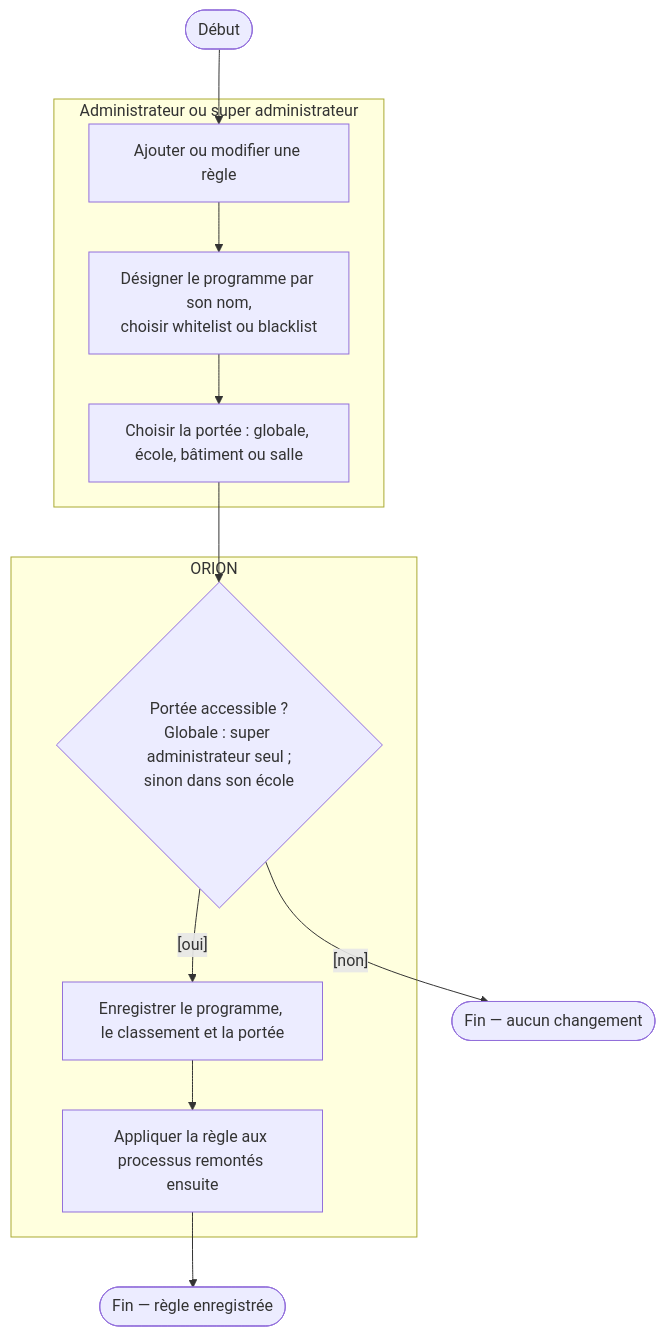
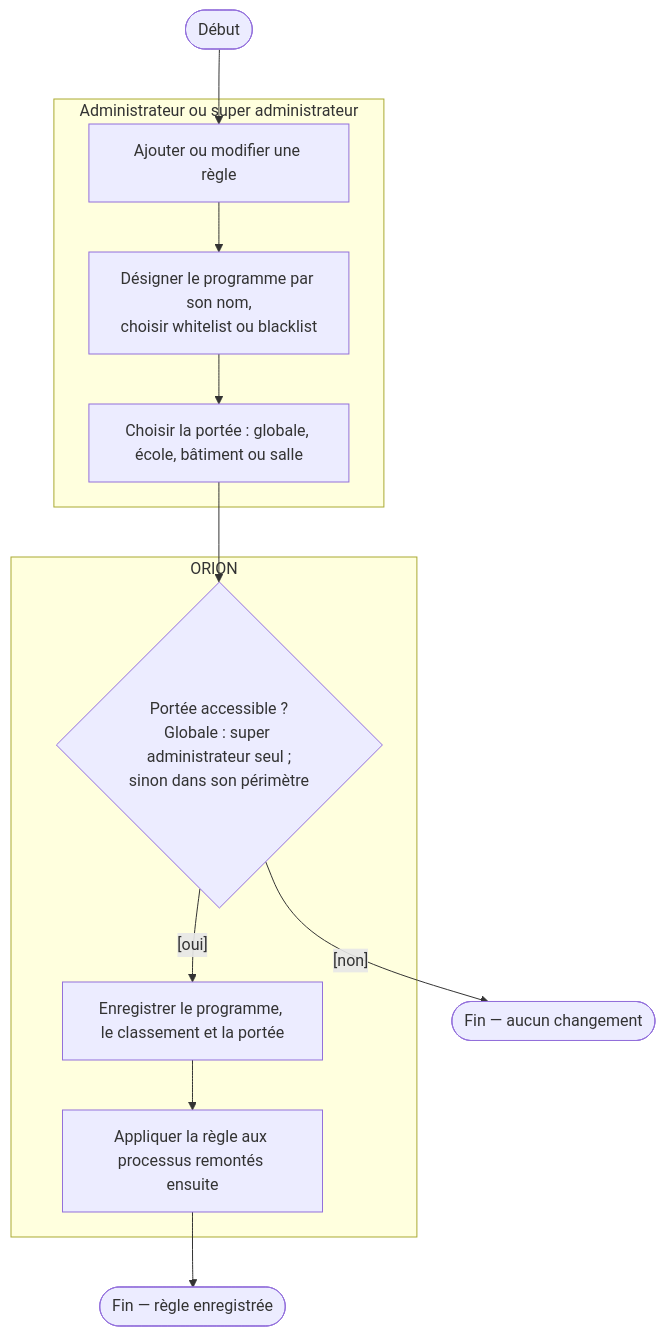
One commit to bpierrelouis/aster changed diagram 13 of 19 in docs/02-ANALYSE/02-CAPTURE-DES-BESOINS/08-DIAGRAMMES-ACTIVITE-CAS-UTILISATION.md. Above: the diagram before and after it, drawn with Mermaid. The commit also changed other lines of this file and 34 other files, not shown here.

First line of the commit message:
docs(diagrammes): aligner les diagrammes UML sur le code et les remettre en page

````diff
--- a/docs/02-ANALYSE/02-CAPTURE-DES-BESOINS/08-DIAGRAMMES-ACTIVITE-CAS-UTILISATION.md
+++ b/docs/02-ANALYSE/02-CAPTURE-DES-BESOINS/08-DIAGRAMMES-ACTIVITE-CAS-UTILISATION.md
@@ -417,22 +442,22 @@
 ```mermaid
 flowchart TD
     debut(["Début"])
     fin(["Fin — règle enregistrée"])
     finRefus(["Fin — aucun changement"])
 
     subgraph ACTEUR["Administrateur ou super administrateur"]
         demander["Ajouter ou modifier une règle"]
         designer["Désigner le programme par son nom,<br/>choisir whitelist ou blacklist"]
         portee["Choisir la portée : globale, école, bâtiment ou salle"]
     end
 
     subgraph SYSTEME["ORION"]
-        controle{"Portée accessible ?<br/>Globale : super administrateur seul ;<br/>sinon dans son école"}
+        controle{"Portée accessible ?<br/>Globale : super administrateur seul ;<br/>sinon dans son périmètre"}
         enregistrer["Enregistrer le programme, le classement et la portée"]
         appliquer["Appliquer la règle aux processus remontés ensuite"]
     end
 
     debut --> demander --> designer --> portee --> controle
     controle -->|"[non]"| finRefus
     controle -->|"[oui]"| enregistrer --> appliquer --> fin
 ```
````
